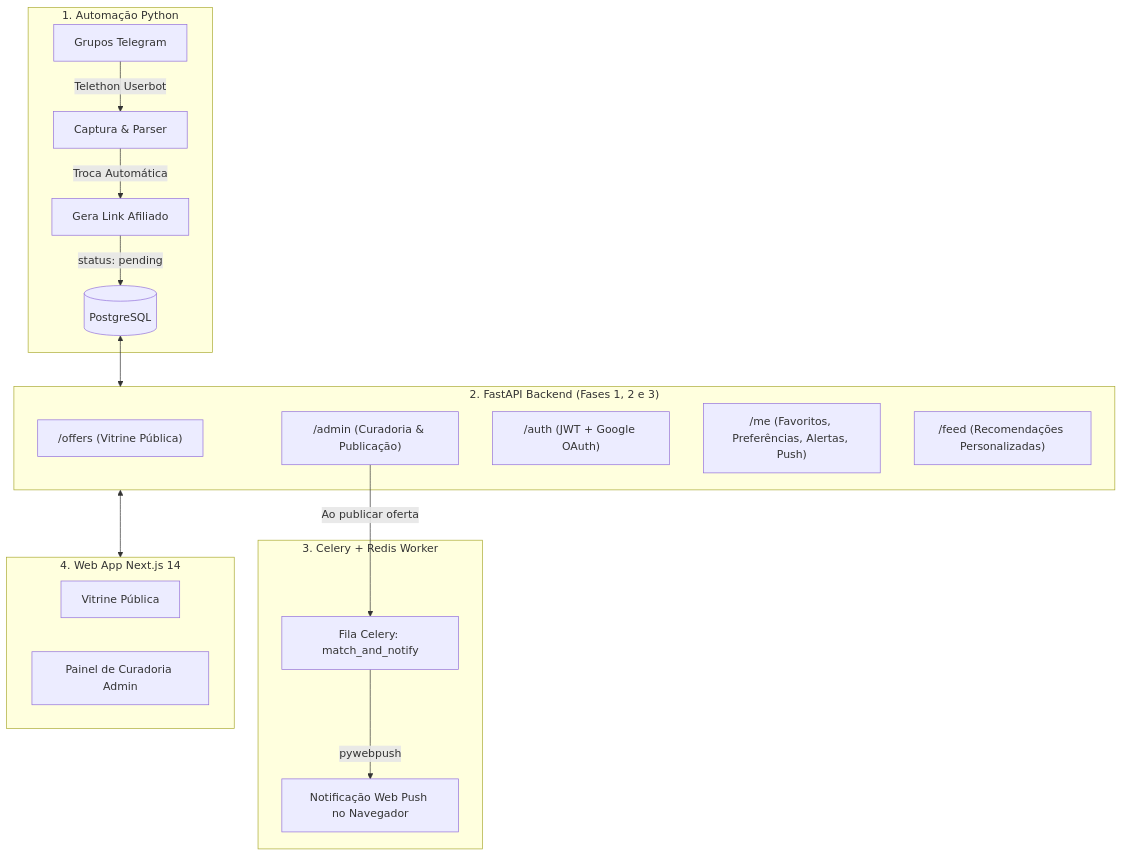
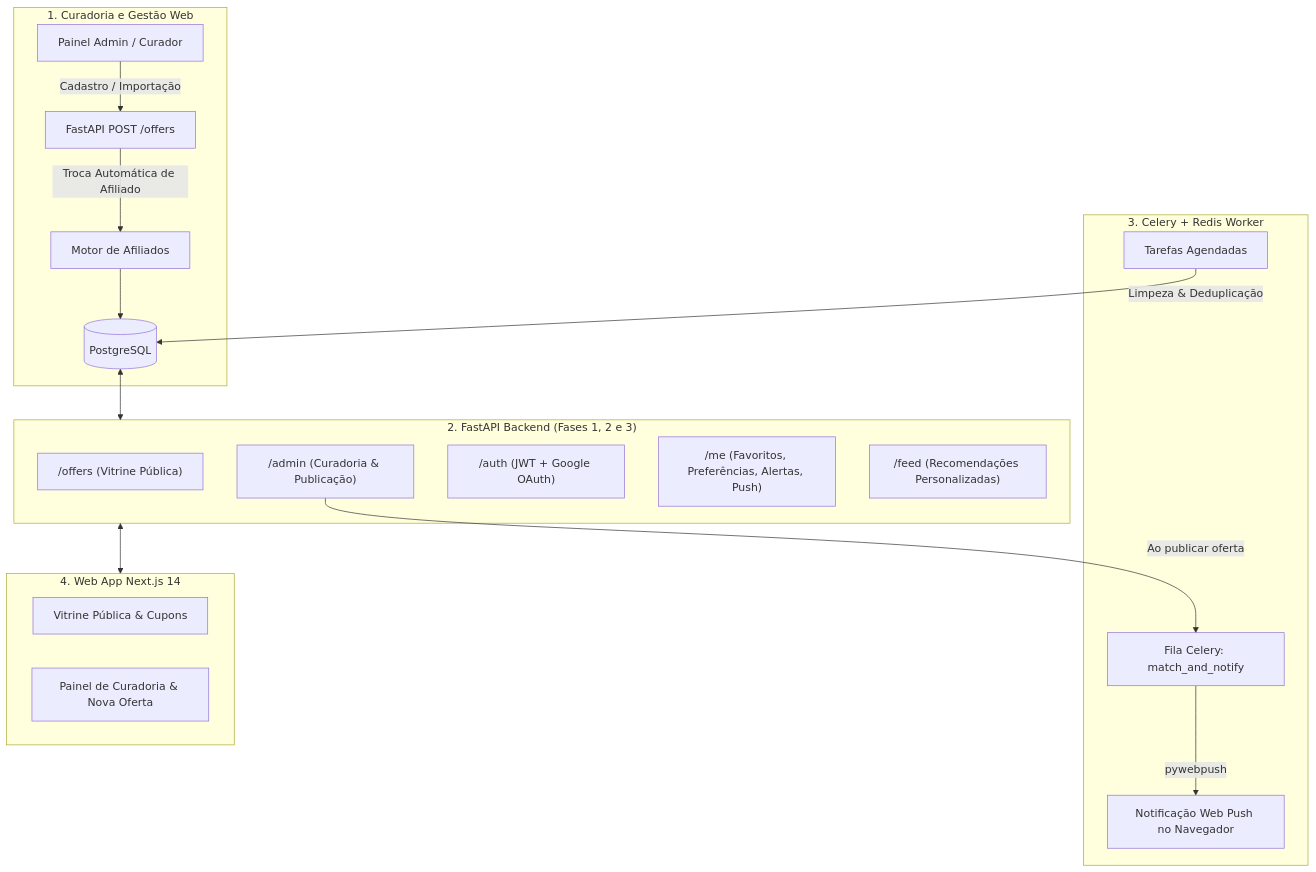
One commit to Hugobleme/ELITEDASPECHINCHAS changed the diagram in README.md. Above: the diagram before and after it, drawn with Mermaid. The commit also changed other lines of this file and 55 other files, not shown here.

````diff
--- a/README.md
+++ b/README.md
@@ -12,29 +12,30 @@
 ```mermaid
 flowchart TD
-    subgraph Ingestao["1. Automação Python"]
-        TG[Grupos Telegram] -->|Telethon Userbot| BOT[Captura & Parser]
-        BOT -->|Troca Automática| AF[Gera Link Afiliado]
-        AF -->|status: pending| DB[(PostgreSQL)]
+    subgraph Ingestao["1. Curadoria e Gestão Web"]
+        ADMIN[Painel Admin / Curador] -->|Cadastro / Importação| ADM_API[FastAPI POST /offers]
+        ADM_API -->|Troca Automática de Afiliado| AF[Motor de Afiliados]
+        AF --> DB[(PostgreSQL)]
     end
 
     subgraph Backend_API["2. FastAPI Backend (Fases 1, 2 e 3)"]
         PUB["/offers (Vitrine Pública)"]
         ADM["/admin (Curadoria & Publicação)"]
         AUTH["/auth (JWT + Google OAuth)"]
         USER_MODS["/me (Favoritos, Preferências, Alertas, Push)"]
         FEED["/feed (Recomendações Personalizadas)"]
     end
 
     subgraph Notificacoes["3. Celery + Redis Worker"]
         ADM -->|Ao publicar oferta| QUEUE[Fila Celery: match_and_notify]
         QUEUE -->|pywebpush| PUSH[Notificação Web Push no Navegador]
+        CRON[Tarefas Agendadas] -->|Limpeza & Deduplicação| DB
     end
 
     subgraph Web_App["4. Web App Next.js 14"]
-        VITRINE[Vitrine Pública]
-        PAINEL[Painel de Curadoria Admin]
+        VITRINE[Vitrine Pública & Cupons]
+        PAINEL[Painel de Curadoria & Nova Oferta]
     end
 
     DB <--> Backend_API
     Backend_API <--> Web_App
 ```
````
